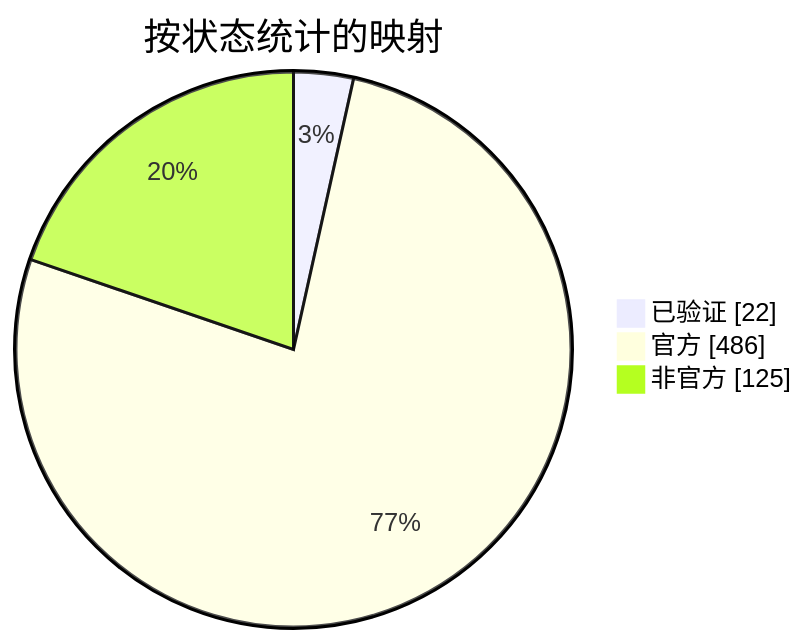
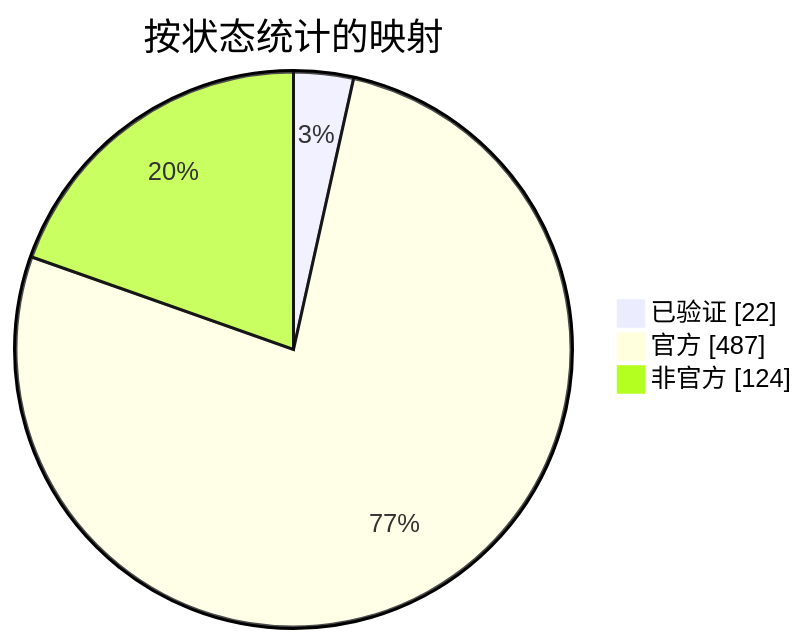
The diagram in docs/readme/README_ZHS.md (nobrega8/mbmap-library), drawn with Mermaid before and after one commit. The commit also changed 6 other files, not shown here.

````diff
--- a/docs/readme/README_ZHS.md
+++ b/docs/readme/README_ZHS.md
@@ -54,7 +54,7 @@
 ```mermaid
 pie showData
     title 按状态统计的映射
     "已验证" : 22
-    "官方" : 486
-    "非官方" : 125
+    "官方" : 487
+    "非官方" : 124
 ```
````
